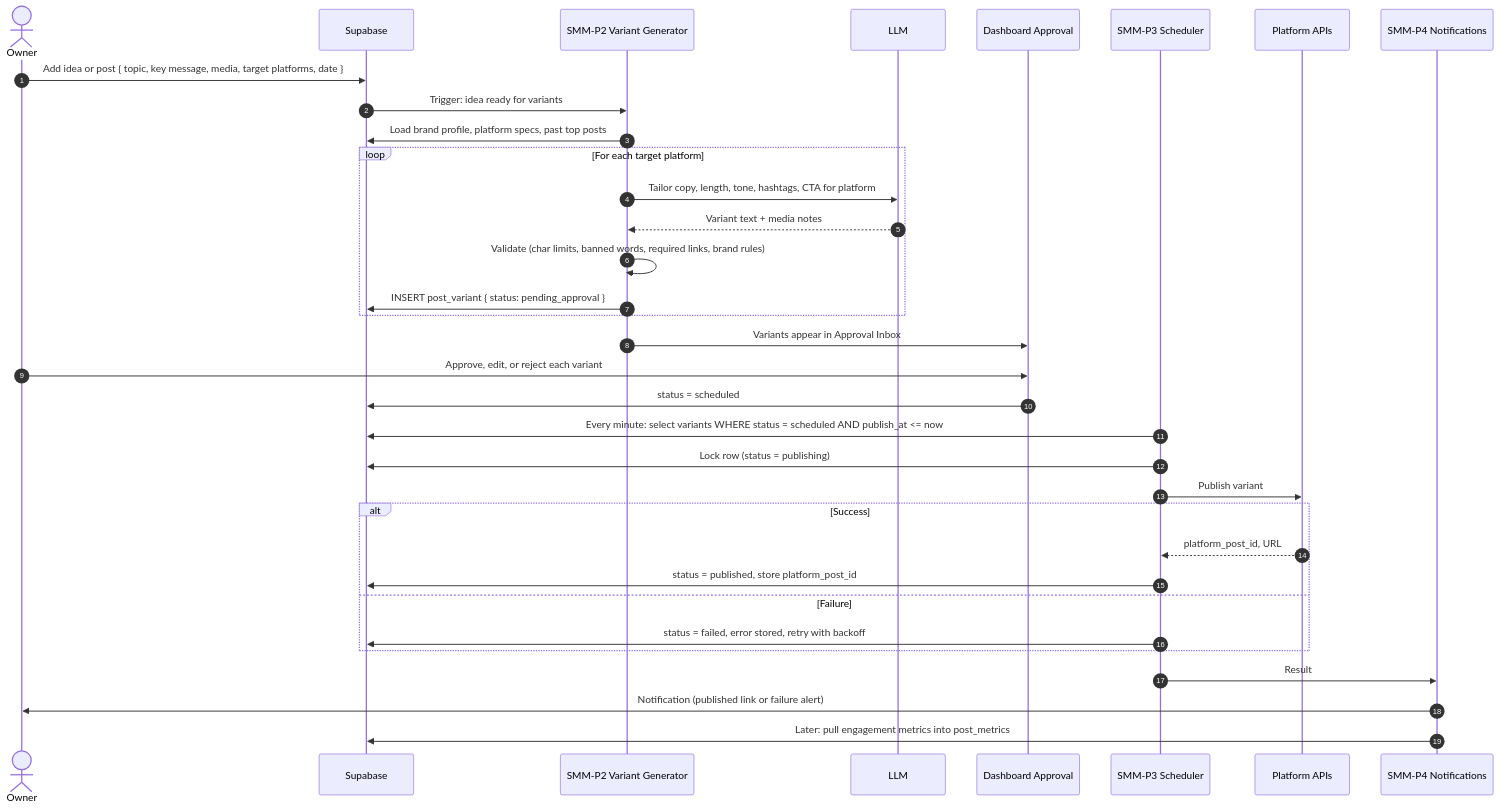
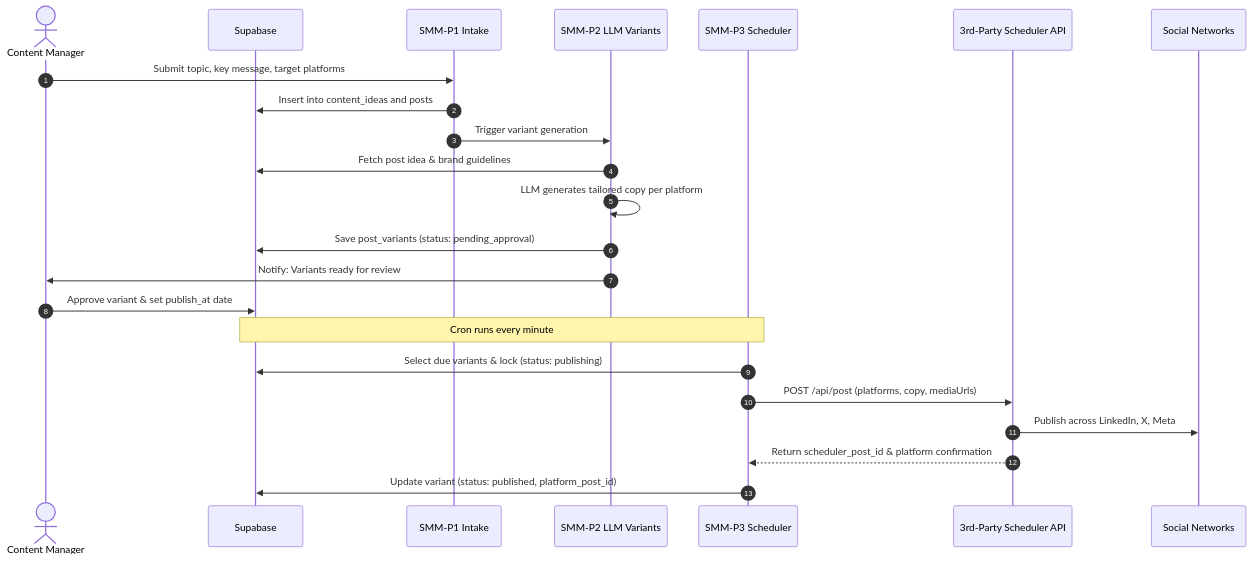
One commit to robinsehnalik/smm-automation changed the second of 3 diagrams in architecture.md. Above: the diagram before and after it, drawn with Mermaid. The commit also changed other lines of this file and 10 other files, not shown here.

Commit message:
feat(smm): overhaul to native 3rd-party social schedulers and messengers

````diff
--- a/architecture.md
+++ b/architecture.md
@@ -98,38 +88,26 @@
 ```mermaid
 sequenceDiagram
     autonumber
-    actor Owner as Owner
+    actor Owner as Content Manager
     participant DB as Supabase
-    participant P2 as SMM-P2 Variant Generator
-    participant LLM as LLM
-    participant UI as Dashboard Approval
+    participant P1 as SMM-P1 Intake
+    participant P2 as SMM-P2 LLM Variants
     participant P3 as SMM-P3 Scheduler
-    participant Plat as Platform APIs
-    participant P4 as SMM-P4 Notifications
+    participant Sched as 3rd-Party Scheduler API
+    participant Networks as Social Networks
 
-    Owner->>DB: Add idea or post { topic, key message, media, target platforms, date }
-    DB->>P2: Trigger: idea ready for variants
-    P2->>DB: Load brand profile, platform specs, past top posts
-    loop For each target platform
-        P2->>LLM: Tailor copy, length, tone, hashtags, CTA for platform
-        LLM-->>P2: Variant text + media notes
-        P2->>P2: Validate (char limits, banned words, required links, brand rules)
-        P2->>DB: INSERT post_variant { status: pending_approval }
-    end
-    P2->>UI: Variants appear in Approval Inbox
-    Owner->>UI: Approve, edit, or reject each variant
-    UI->>DB: status = scheduled
-
-    P3->>DB: Every minute: select variants WHERE status = scheduled AND publish_at <= now
-    P3->>DB: Lock row (status = publishing)
-    P3->>Plat: Publish variant
-    alt Success
-        Plat-->>P3: platform_post_id, URL
-        P3->>DB: status = published, store platform_post_id
-    else Failure
-        P3->>DB: status = failed, error stored, retry with backoff
-    end
-    P3->>P4: Result
-    P4->>Owner: Notification (published link or failure alert)
-    P4->>DB: Later: pull engagement metrics into post_metrics
+    Owner->>P1: Submit topic, key message, target platforms
+    P1->>DB: Insert into content_ideas and posts
+    P1->>P2: Trigger variant generation
+    P2->>DB: Fetch post idea & brand guidelines
+    P2->>P2: LLM generates tailored copy per platform
+    P2->>DB: Save post_variants (status: pending_approval)
+    P2->>Owner: Notify: Variants ready for review
+    Owner->>DB: Approve variant & set publish_at date
+    Note over P3,DB: Cron runs every minute
+    P3->>DB: Select due variants & lock (status: publishing)
+    P3->>Sched: POST /api/post (platforms, copy, mediaUrls)
+    Sched->>Networks: Publish across LinkedIn, X, Meta
+    Sched-->>P3: Return scheduler_post_id & platform confirmation
+    P3->>DB: Update variant (status: published, platform_post_id)
 ```
````
